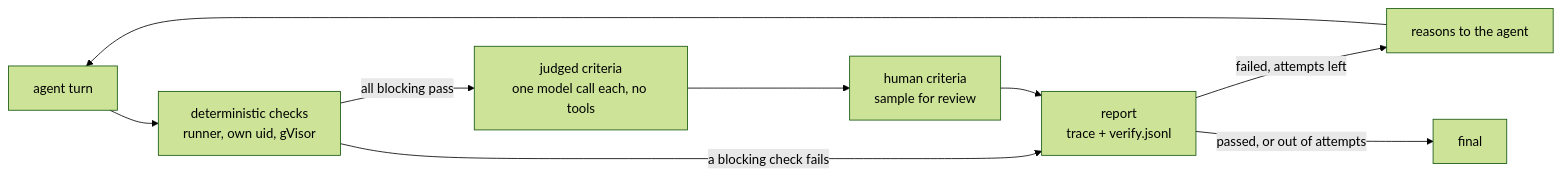
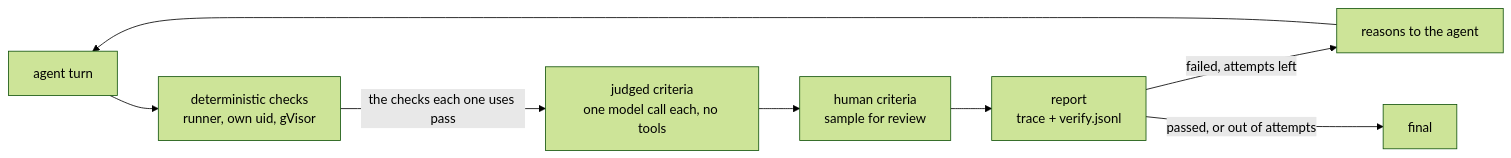
One commit to ipedrazas/tap changed the diagram in docs/acceptance.md. Above: the diagram before and after it, drawn with Mermaid (forest theme). The commit also changed other lines of this file and 8 other files, not shown here.

First line of the commit message:
verify: judge each criterion once the checks it uses pass; add the verifier route

````diff
--- a/docs/acceptance.md
+++ b/docs/acceptance.md
@@ -11,10 +11,9 @@
 ```mermaid
 flowchart LR
   turn[agent turn] --> det[deterministic checks<br/>runner, own uid, gVisor]
-  det -->|all blocking pass| judged[judged criteria<br/>one model call each, no tools]
-  det -->|a blocking check fails| report
+  det -->|the checks each one uses pass| judged[judged criteria<br/>one model call each, no tools]
   judged --> human[human criteria<br/>sample for review]
   human --> report[report<br/>trace + verify.jsonl]
   report -->|failed, attempts left| feedback[reasons to the agent] --> turn
   report -->|passed, or out of attempts| done[final]
 ```
````
